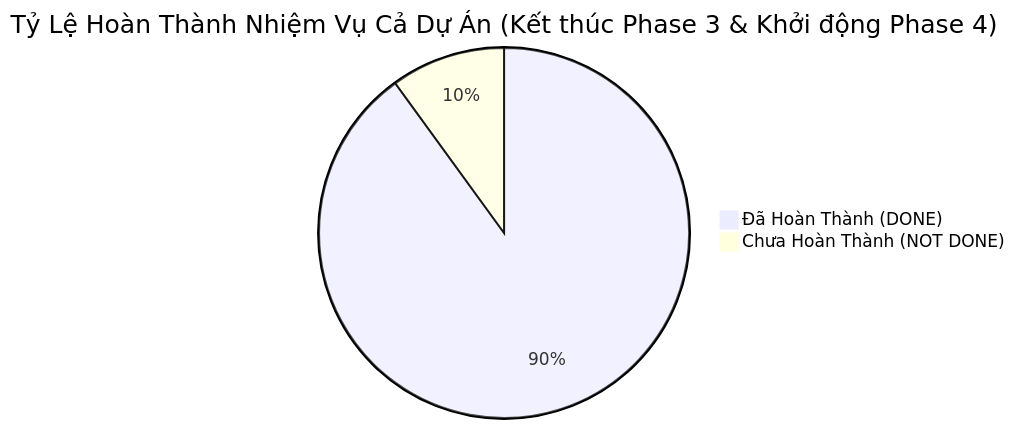
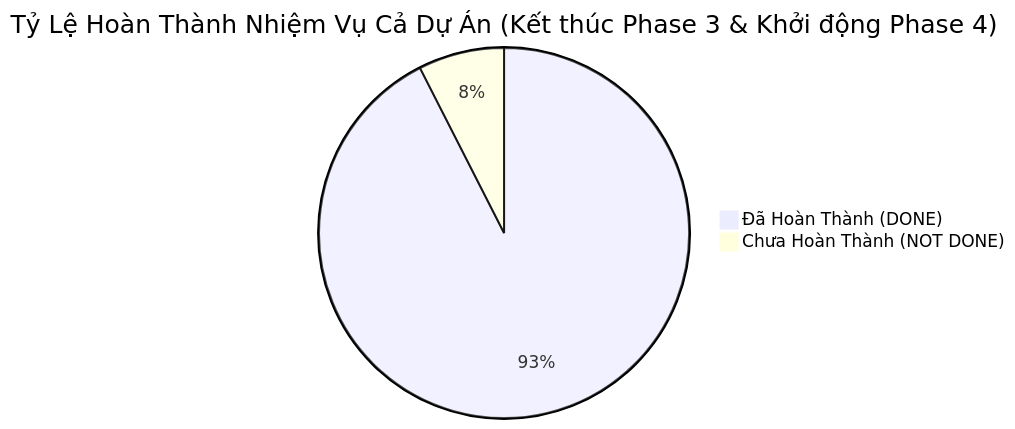
One commit to phattvh/DataStructure_ATM-Project changed the first of 2 diagrams in docs/TIEN_DO_CONG_VIEC.md. Above: the diagram before and after it, drawn with Mermaid. The commit also changed other lines of this file and 1 other file, not shown here.

Commit message:
docs(uml): add UML class diagram, DFD, transfer sequence diagram and mark C13 as DONE

````diff
--- a/docs/TIEN_DO_CONG_VIEC.md
+++ b/docs/TIEN_DO_CONG_VIEC.md
@@ -10,5 +10,5 @@
 ```mermaid
 pie title Tỷ Lệ Hoàn Thành Nhiệm Vụ Cả Dự Án (Kết thúc Phase 3 & Khởi động Phase 4)
-    "Đã Hoàn Thành (DONE)" : 36
-    "Chưa Hoàn Thành (NOT DONE)" : 4
+    "Đã Hoàn Thành (DONE)" : 37
+    "Chưa Hoàn Thành (NOT DONE)" : 3
 ```
````
